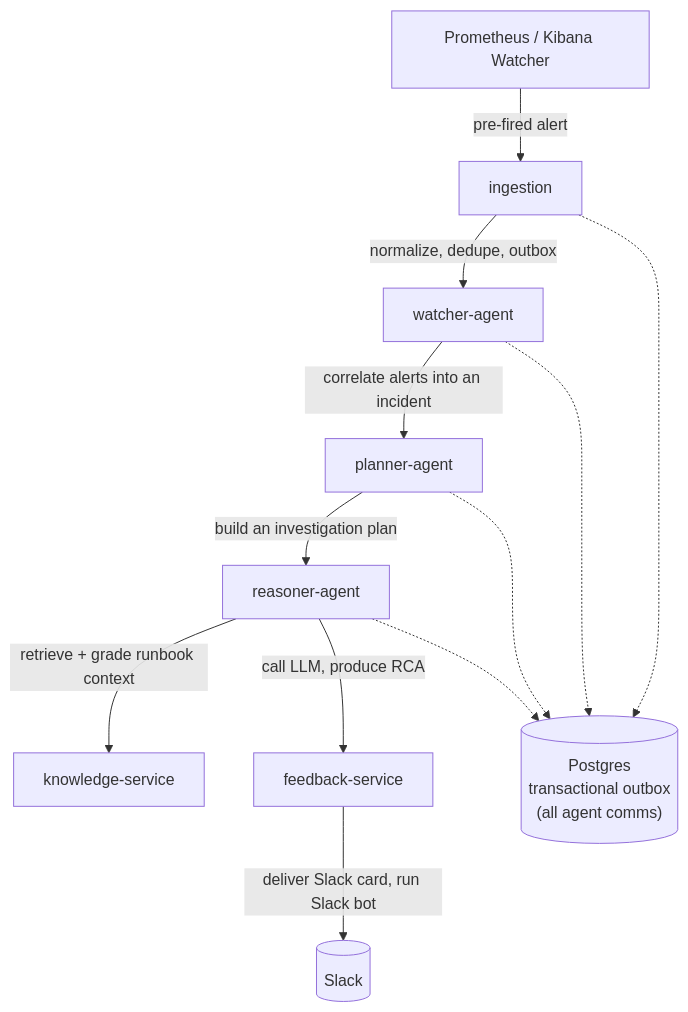
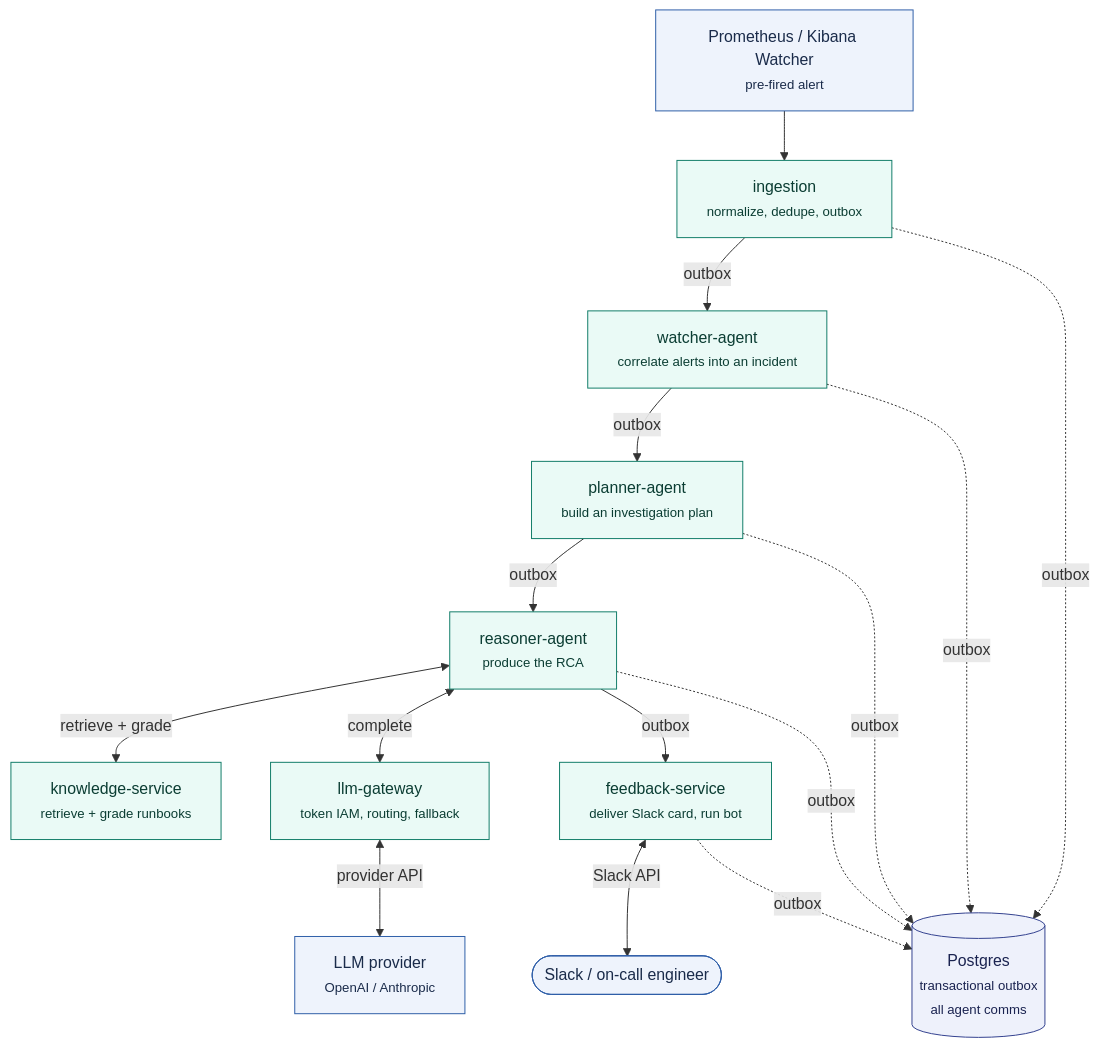
Before and after one commit to k-kohli10/radar-system: the diagram in README.md, drawn with Mermaid. The commit also changed other lines of this file and 3 other files, not shown here.

First line of the commit message:
docs: polish architecture diagrams and clarify supporting-service framing

````diff
--- a/README.md
+++ b/README.md
@@ -64,16 +64,38 @@
 ```mermaid
-flowchart TD
-    P["Prometheus / Kibana Watcher"] -->|pre-fired alert| I[ingestion]
-    I -->|normalize, dedupe, outbox| W[watcher-agent]
-    W -->|correlate alerts into an incident| PL[planner-agent]
-    PL -->|build an investigation plan| R[reasoner-agent]
-    R -->|retrieve + grade runbook context| K[knowledge-service]
-    R -->|call LLM, produce RCA| F[feedback-service]
-    F -->|deliver Slack card, run Slack bot| S[("Slack")]
+flowchart TB
+    P["Prometheus / Kibana Watcher<br/><small>pre-fired alert</small>"]
+    I["ingestion<br/><small>normalize, dedupe, outbox</small>"]
+    W["watcher-agent<br/><small>correlate alerts into an incident</small>"]
+    PL["planner-agent<br/><small>build an investigation plan</small>"]
+    R["reasoner-agent<br/><small>produce the RCA</small>"]
+    K["knowledge-service<br/><small>retrieve + grade runbooks</small>"]
+    G["llm-gateway<br/><small>token IAM, routing, fallback</small>"]
+    LLM["LLM provider<br/><small>OpenAI / Anthropic</small>"]
+    F["feedback-service<br/><small>deliver Slack card, run bot</small>"]
+    S(["Slack / on-call engineer"])
+    DB[("Postgres<br/><small>transactional outbox<br/>all agent comms</small>")]
 
-    DB[("Postgres<br/>transactional outbox<br/>(all agent comms)")]
-    I -.-> DB
-    W -.-> DB
-    PL -.-> DB
-    R -.-> DB
+    P --> I
+    I -- outbox --> W
+    W -- outbox --> PL
+    PL -- outbox --> R
+    R <-- retrieve + grade --> K
+    R <-- complete --> G
+    G <-- provider API --> LLM
+    R -- outbox --> F
+    F <-- Slack API --> S
+
+    I -. outbox .-> DB
+    W -. outbox .-> DB
+    PL -. outbox .-> DB
+    R -. outbox .-> DB
+    F -. outbox .-> DB
+
+    classDef external fill:#eef3fc,stroke:#2f5fa8,color:#1a2b4a;
+    classDef agent fill:#eafaf6,stroke:#127d69,color:#0b3d33;
+    classDef store fill:#eef1fb,stroke:#33418f,color:#1a2350;
+
+    class P,LLM,S external
+    class I,W,PL,R,K,G,F agent
+    class DB store
 ```
````
